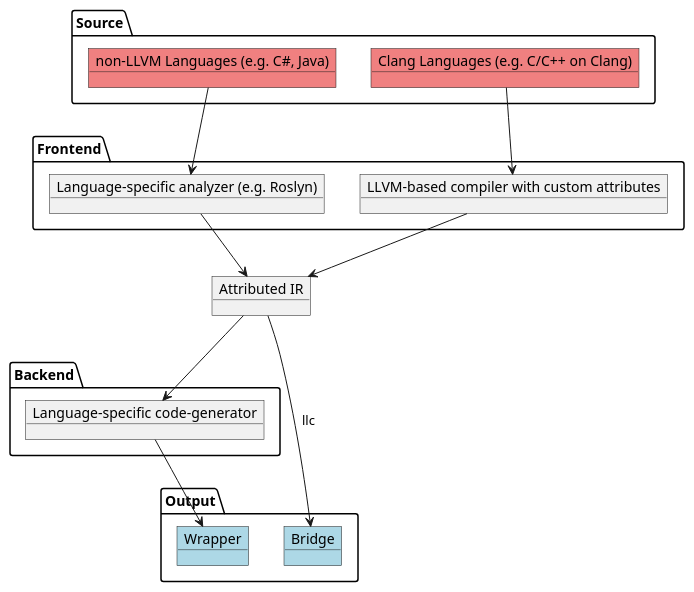
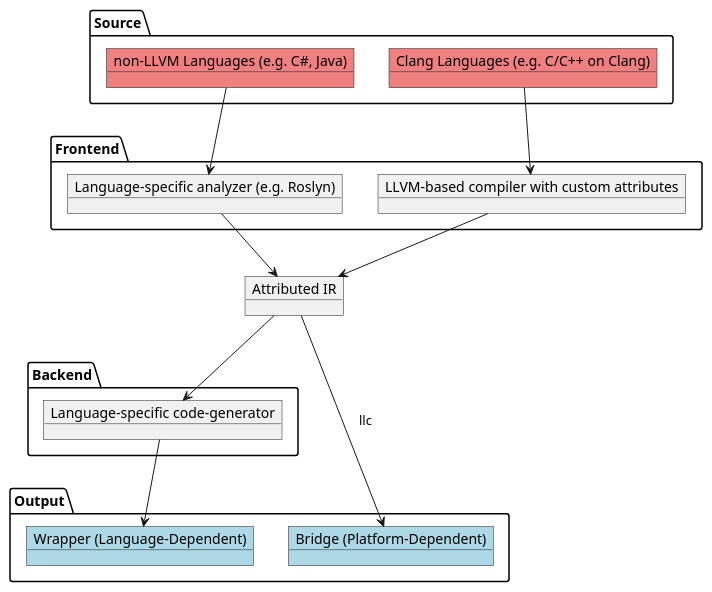
Before and after one commit to Sharp0802/lilac: the fifth of 5 diagrams in docs/process.pu, drawn with PlantUML. The commit also changed 1 other file, not shown here.

Commit message:
Docs: Emphasize relation between wrapper that language-dependent, and bridge that platform-dependent

```diff
--- a/docs/process.pu
+++ b/docs/process.pu
@@ -126,39 +126,39 @@
 @startuml compilation
 
 package Source
 {
     object "non-LLVM Languages (e.g. C#, Java)" as NL #LightCoral
     object "Clang Languages (e.g. C/C++ on Clang)" as LL #LightCoral
 }
 
 package Frontend
 {
     object "Language-specific analyzer (e.g. Roslyn)" as LSA
     object "LLVM-based compiler with custom attributes" as LC
 }
 
 object "Attributed IR" as IR
 
 package Backend
 {
     object "Language-specific code-generator" as LSCG
 }
 
 package Output
 {
-    object "Bridge" as Bridge #LightBlue
-    object "Wrapper" as Wrapper #LightBlue
+    object "Bridge (Platform-Dependent)" as Bridge #LightBlue
+    object "Wrapper (Language-Dependent)" as Wrapper #LightBlue
 }
 
 NL --> LSA
 LSA --> IR
 
 LL --> LC
 LC --> IR
 
 IR --> Bridge : "llc"
 
 IR --> LSCG
 LSCG --> Wrapper
 
 @enduml
```
